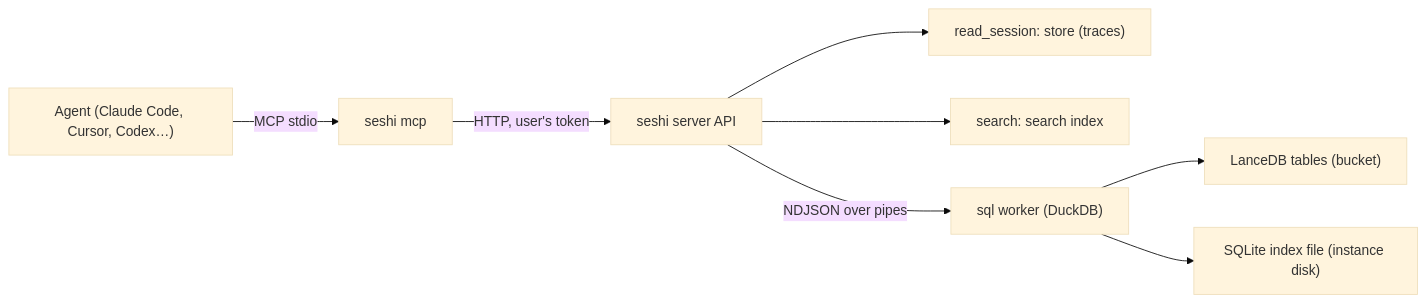
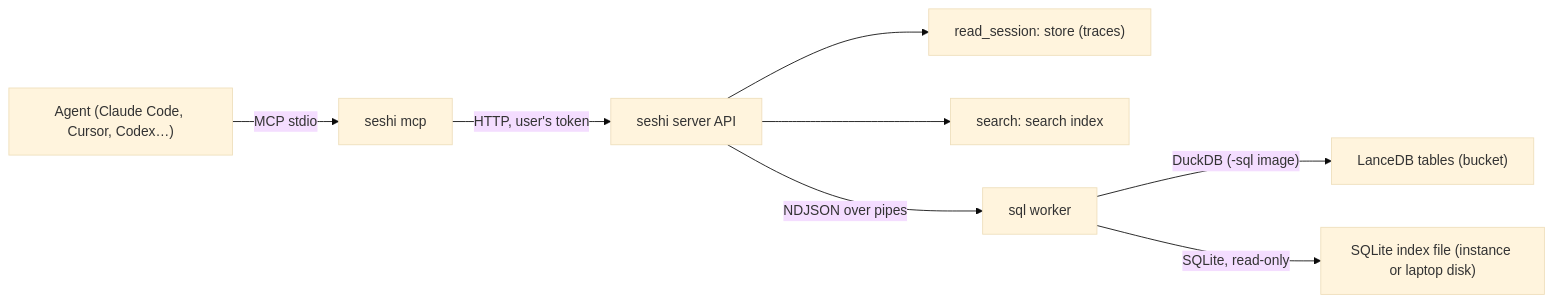
The diagram in docs/seshi/session-tools.md (dosu-ai/seshi), drawn with Mermaid (base theme) before and after one commit. The commit also changed other lines of this file and 6 other files, not shown here.

First line of the commit message:
docs: run sql on SQLite natively, admin-only, not for production use

````diff
--- a/docs/seshi/session-tools.md
+++ b/docs/seshi/session-tools.md
@@ -49,10 +54,10 @@
 ```mermaid
 flowchart LR
     A["Agent (Claude Code, Cursor, Codex…)"] -->|MCP stdio| M["seshi mcp"]
     M -->|HTTP, user's token| API["seshi server API"]
     API --> RS["read_session: store (traces)"]
     API --> S["search: search index"]
-    API -->|NDJSON over pipes| W["sql worker (DuckDB)"]
-    W --> L["LanceDB tables (bucket)"]
-    W --> Q["SQLite index file (instance disk)"]
+    API -->|NDJSON over pipes| W["sql worker"]
+    W -->|"DuckDB (-sql image)"| L["LanceDB tables (bucket)"]
+    W -->|"SQLite, read-only"| Q["SQLite index file (instance or laptop disk)"]
 ```
````
